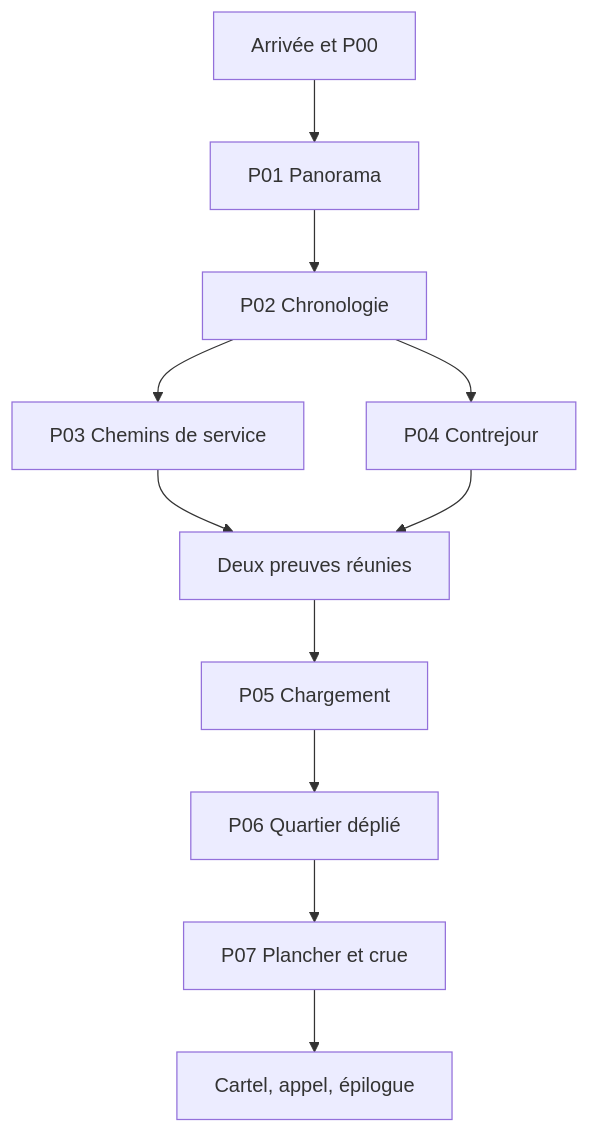
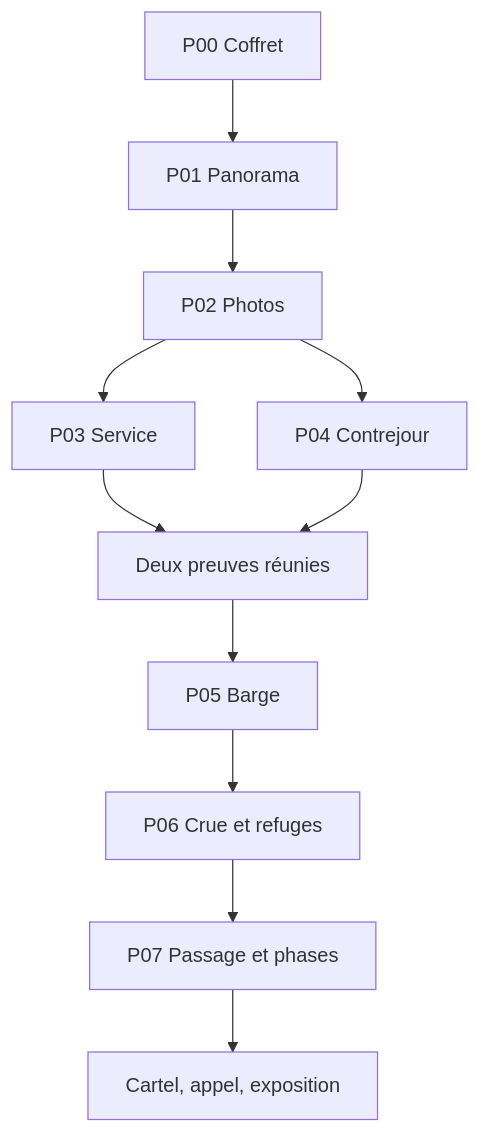
The diagram in MASTER_PLAN.md (ln549283/project_4), drawn with Mermaid before and after one commit. The commit also changed other lines of this file and 24 other files, not shown here.

````diff
--- a/MASTER_PLAN.md
+++ b/MASTER_PLAN.md
@@ -103,13 +76,13 @@
 ```mermaid
 flowchart TD
-  Start["Arrivée et P00"] --> P01["P01 Panorama"]
-  P01 --> P02["P02 Chronologie"]
-  P02 --> P03["P03 Chemins de service"]
+  P00["P00 Coffret"] --> P01["P01 Panorama"]
+  P01 --> P02["P02 Photos"]
+  P02 --> P03["P03 Service"]
   P02 --> P04["P04 Contrejour"]
-  P03 --> Join["Deux preuves réunies"]
-  P04 --> Join
-  Join --> P05["P05 Chargement"]
-  P05 --> P06["P06 Quartier déplié"]
-  P06 --> P07["P07 Plancher et crue"]
-  P07 --> End["Cartel, appel, épilogue"]
+  P03 --> J["Deux preuves réunies"]
+  P04 --> J
+  J --> P05["P05 Barge"]
+  P05 --> P06["P06 Crue et refuges"]
+  P06 --> P07["P07 Passage et phases"]
+  P07 --> E["Cartel, appel, exposition"]
 ```
````
